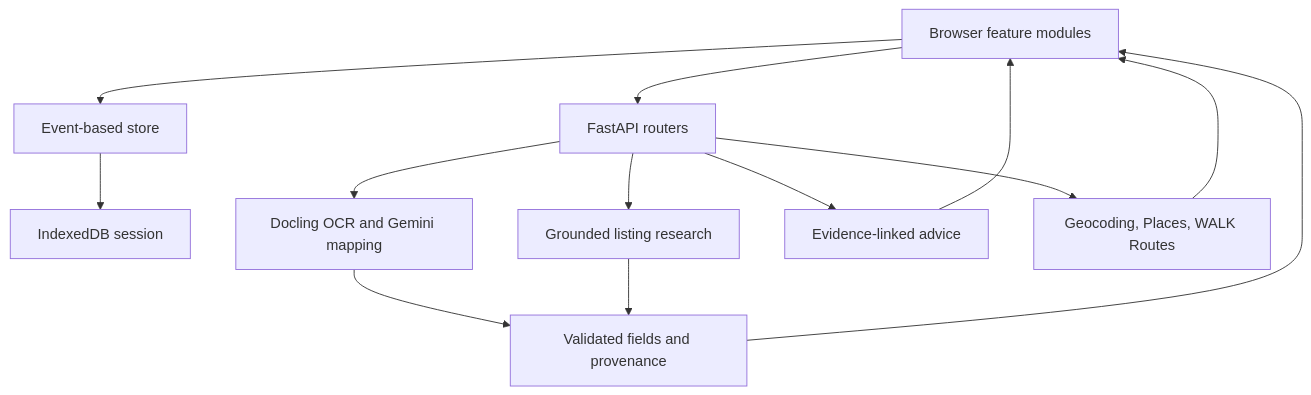
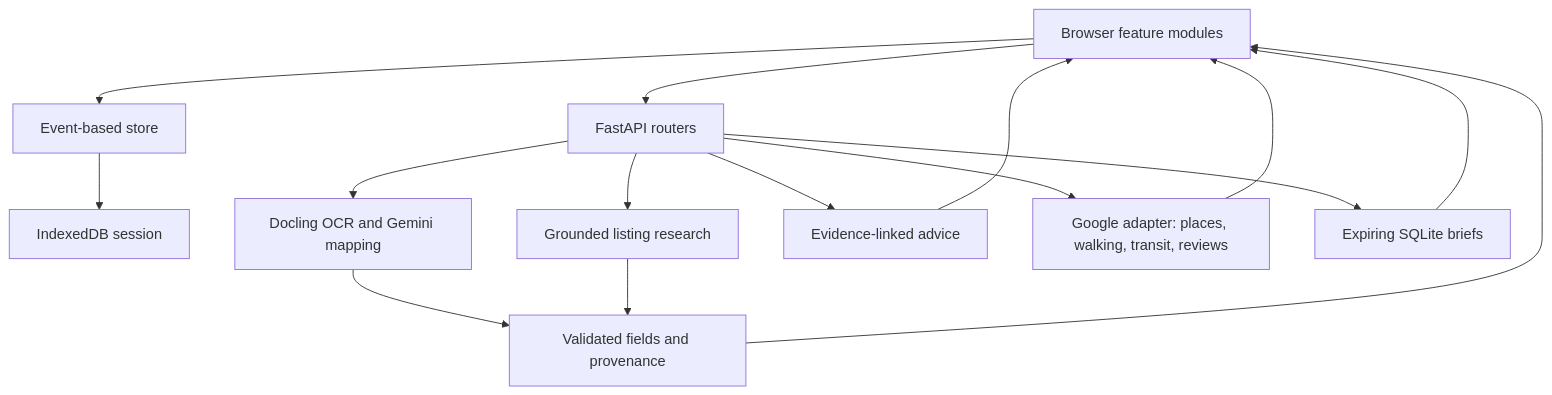
The diagram in docs/DEVELOPMENT.md (SodaShikenn/rental-decision-demo), drawn with Mermaid before and after one commit. The commit also changed other lines of this file and 62 other files, not shown here.

Commit message:
docs(architecture): add reviewer code tour, validation log and reproducible checks

````diff
--- a/docs/DEVELOPMENT.md
+++ b/docs/DEVELOPMENT.md
@@ -68,15 +70,17 @@
 ```mermaid
 flowchart TD
     UI[Browser feature modules] --> Store[Event-based store]
     Store --> IDB[IndexedDB session]
     UI --> API[FastAPI routers]
     API --> Extract[Docling OCR and Gemini mapping]
     API --> Research[Grounded listing research]
     API --> Advisor[Evidence-linked advice]
-    API --> Maps[Geocoding, Places, WALK Routes]
+    API --> Maps[Google adapter: places, walking, transit, reviews]
     Extract --> Evidence[Validated fields and provenance]
     Research --> Evidence
     Evidence --> UI
     Advisor --> UI
     Maps --> UI
+    API --> Share[Expiring SQLite briefs]
+    Share --> UI
 ```
````
